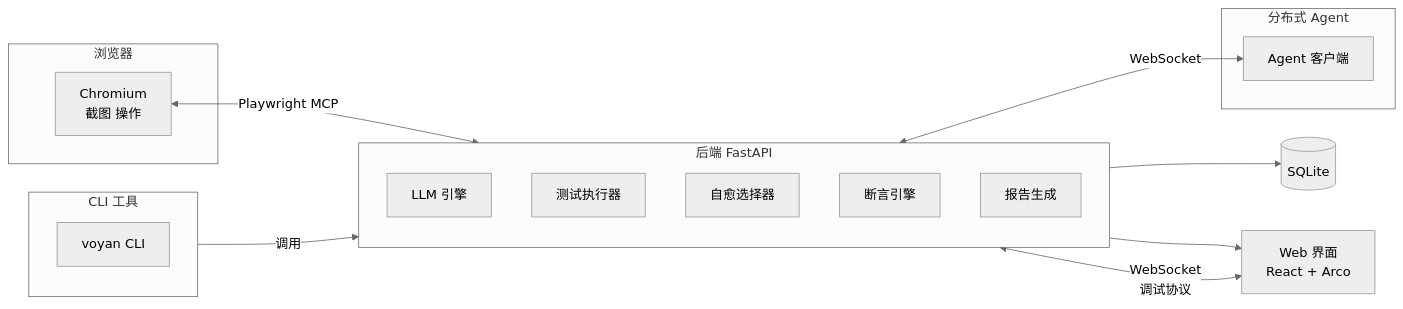
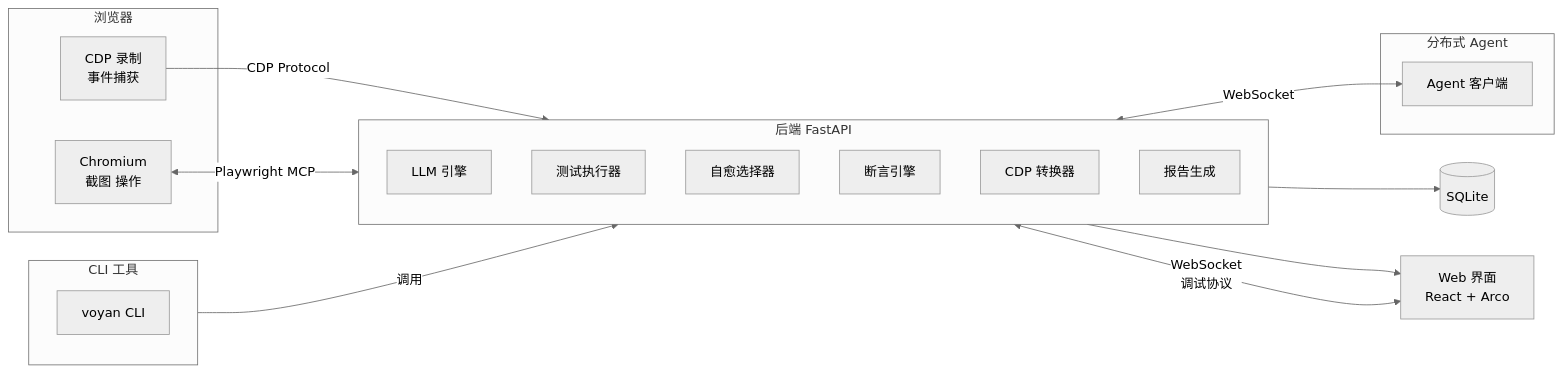
One commit to BerylliumMan/VoyanTest changed the diagram in README.md. Above: the diagram before and after it, drawn with Mermaid (neutral theme). The commit also changed other lines of this file, not shown here.

First line of the commit message:
docs: 更新 README 新增 CDP 录制回放特性

````diff
--- a/README.md
+++ b/README.md
@@ -108,27 +109,30 @@
 ```mermaid
 flowchart LR
     subgraph Browser["浏览器"]
         CH[Chromium<br/>截图 操作]
+        CDP[CDP 录制<br/>事件捕获]
     end
     subgraph Backend["后端 FastAPI"]
         direction TB
         LLM[LLM 引擎]
         Runner[测试执行器]
         Healing[自愈选择器]
         Assert[断言引擎]
+        CDPConv[CDP 转换器]
         Report[报告生成]
     end
     subgraph Agent["分布式 Agent"]
         AC[Agent 客户端]
     end
     subgraph CLI["CLI 工具"]
         VY[voyan CLI]
     end
 
     CH <-->|Playwright MCP| Backend
+    CDP -->|CDP Protocol| CDPConv
     Backend --> DB[(SQLite)]
     Backend --> UI[Web 界面<br/>React + Arco]
     Backend <-->|WebSocket<br/>调试协议| UI
     Backend <-->|WebSocket| AC
     CLI -->|调用| Backend
 ```
````
